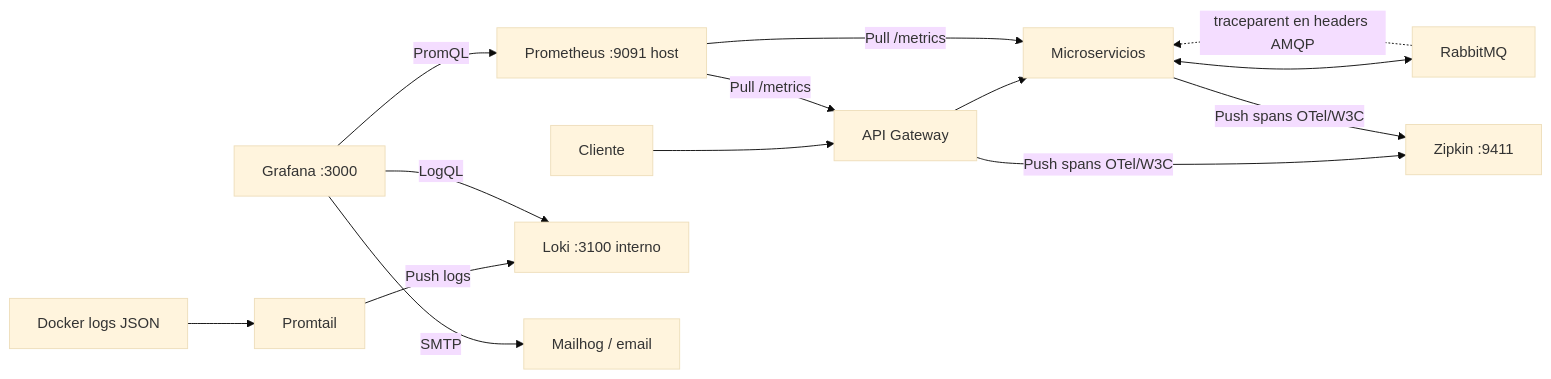
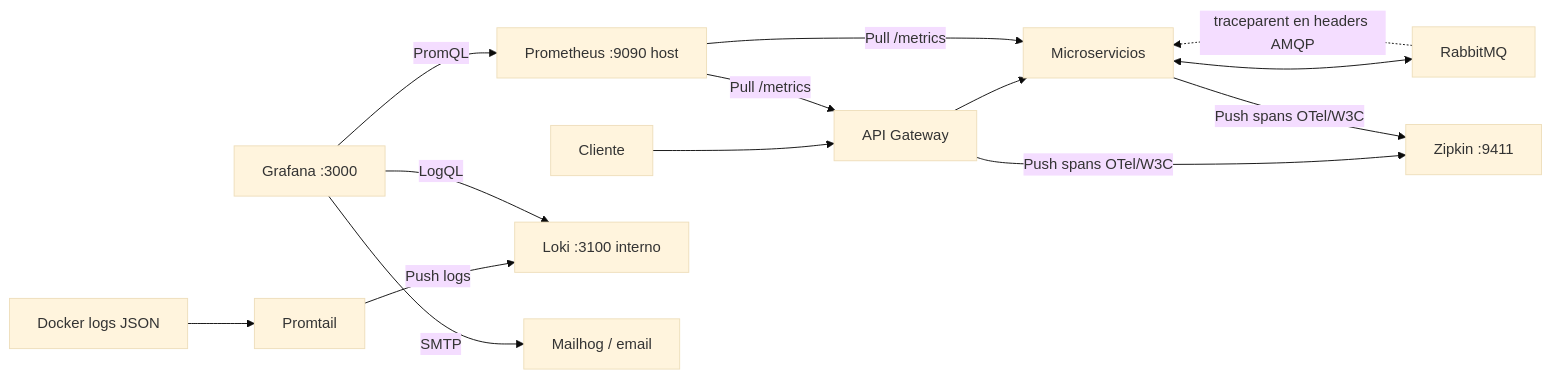
The first of 2 diagrams in README.md (juan-contrerasM/microservicios), drawn with Mermaid (base theme) before and after one commit. The commit also changed other lines of this file and 12 other files, not shown here.

````diff
--- a/README.md
+++ b/README.md
@@ -109,18 +109,18 @@
 ```mermaid
 flowchart LR
     C[Cliente] --> G[API Gateway]
     G --> S[Microservicios]
     S <--> R[RabbitMQ]
 
-    P[Prometheus :9091 host] -- Pull /metrics --> G
+    P[Prometheus :9090 host] -- Pull /metrics --> G
     P -- Pull /metrics --> S
     G -- Push spans OTel/W3C --> Z[Zipkin :9411]
     S -- Push spans OTel/W3C --> Z
     R -. traceparent en headers AMQP .-> S
 
     D[Docker logs JSON] --> PT[Promtail]
     PT -- Push logs --> L[Loki :3100 interno]
     GF[Grafana :3000] -- PromQL --> P
     GF -- LogQL --> L
     GF -- SMTP --> M[Mailhog / email]
 ```
````
